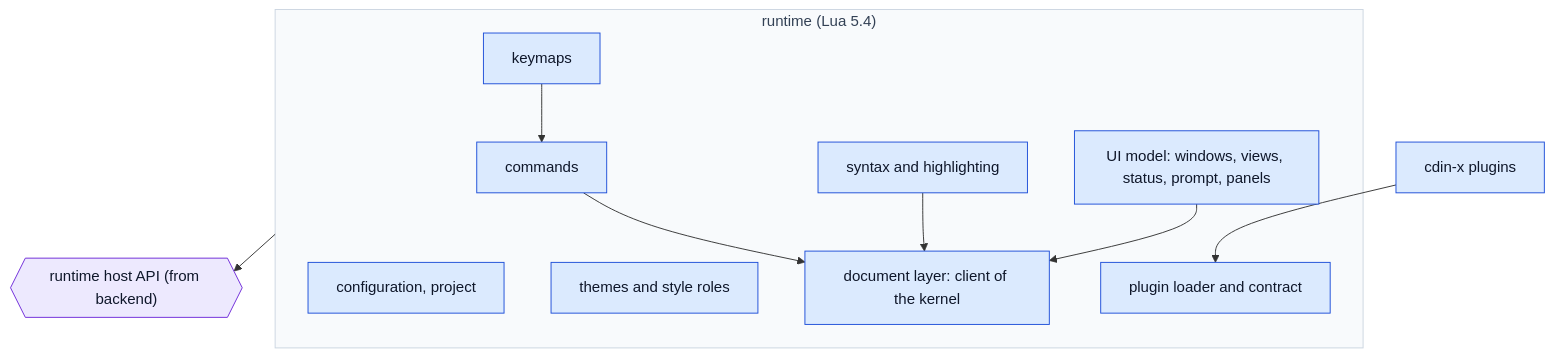
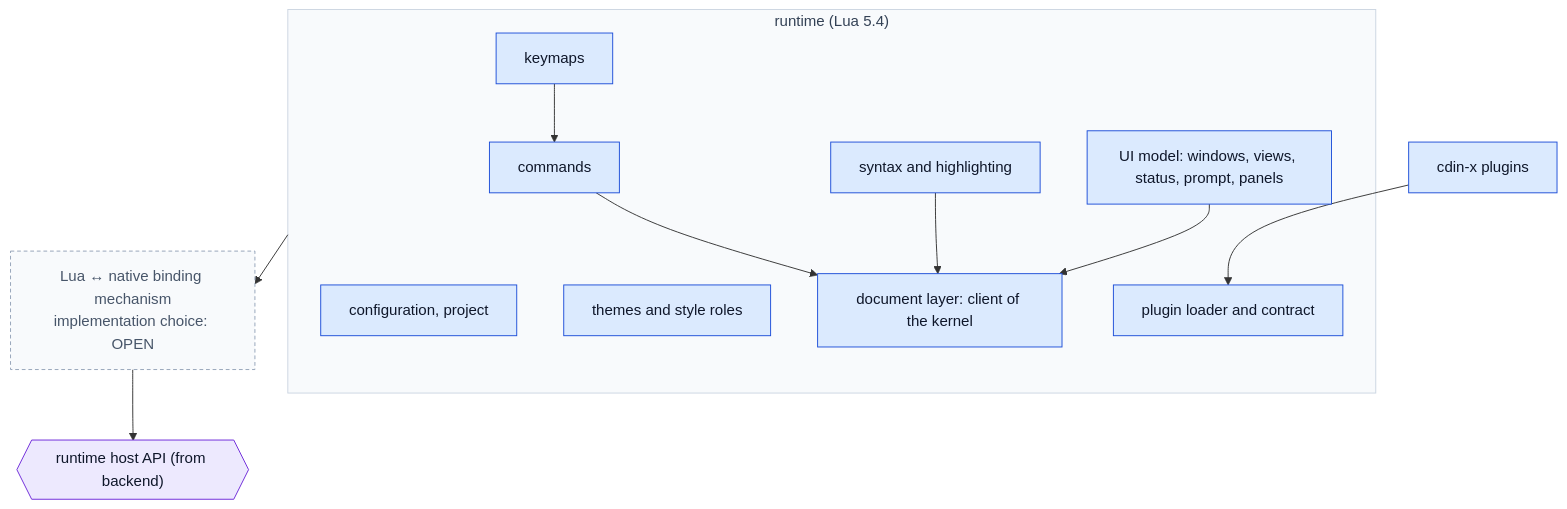
Before and after one commit to cdin-editor/spec: the diagram in docs/components/runtime.md, drawn with Mermaid. The commit also changed other lines of this file and 19 other files, not shown here.

````diff
--- a/docs/components/runtime.md
+++ b/docs/components/runtime.md
@@ -22,27 +22,30 @@
 ```mermaid
 flowchart TB
     subgraph RT["runtime (Lua 5.4)"]
         CMD["commands"]
         KEY["keymaps"]
         CFG["configuration, project"]
         THEME["themes and style roles"]
         SYN["syntax and highlighting"]
         UIM["UI model: windows, views, status, prompt, panels"]
         DOC["document layer: client of the kernel"]
         PLG["plugin loader and contract"]
     end
     HOST{{"runtime host API (from backend)"}}
     X["cdin-x plugins"]
     X --> PLG
     CMD --> DOC
     KEY --> CMD
     UIM --> DOC
     SYN --> DOC
-    RT --> HOST
+    RT --> BRIDGE --> HOST
+    BRIDGE["Lua ↔ native binding mechanism<br/>implementation choice: OPEN"]
     classDef comp fill:#dbeafe,stroke:#1d4ed8,color:#0f172a
     classDef contract fill:#ede9fe,stroke:#6d28d9,color:#0f172a
     classDef group fill:#f8fafc,stroke:#cbd5e1,color:#334155
+    classDef open fill:#f8fafc,stroke:#94a3b8,color:#475569,stroke-dasharray:4 3
     class CFG,CMD,DOC,KEY,PLG,SYN,THEME,UIM,X comp
     class HOST contract
+    class BRIDGE open
     class RT group
 ```
````
